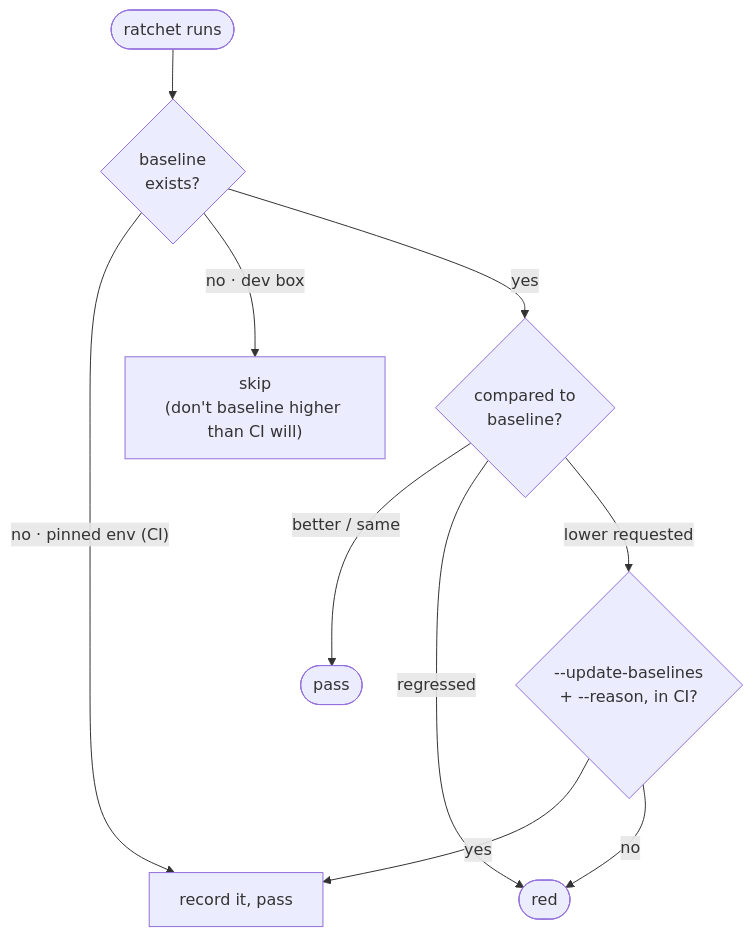
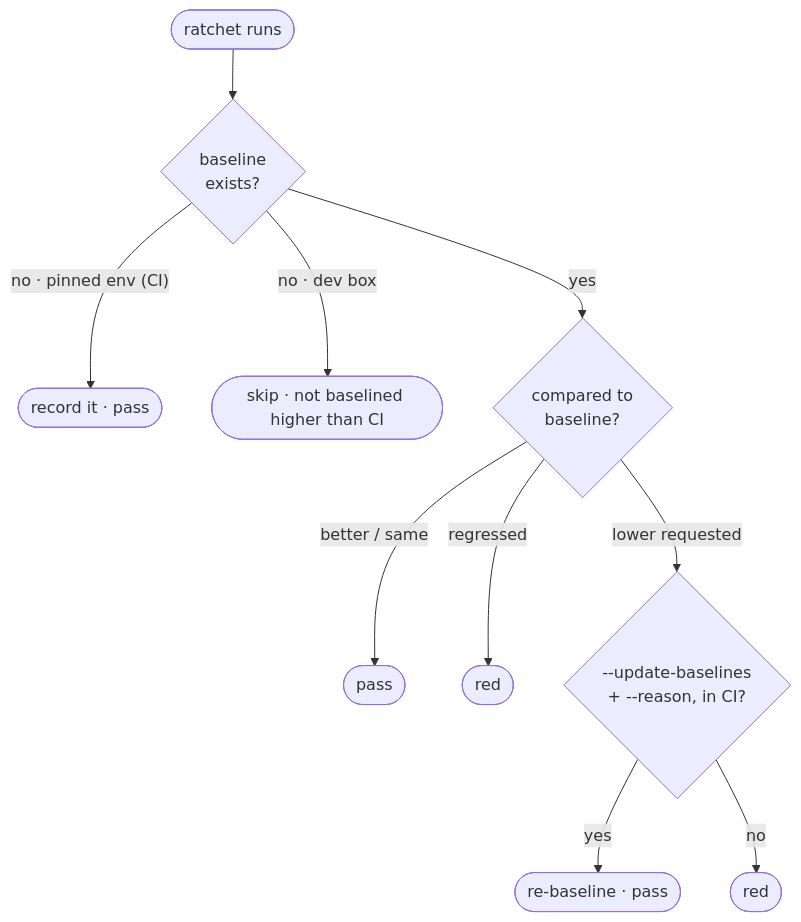
The diagram in docs/gate/ratchets.md (clintecker/celebrimbor), drawn with Mermaid before and after one commit. The commit also changed other lines of this file and 11 other files, not shown here.

````diff
--- a/docs/gate/ratchets.md
+++ b/docs/gate/ratchets.md
@@ -21,12 +21,12 @@
 ```mermaid
 flowchart TD
     R([ratchet runs]) --> B{baseline<br/>exists?}
-    B -->|"no · pinned env (CI)"| REC[record it, pass]
-    B -->|"no · dev box"| SK["skip<br/>(don't baseline higher than CI will)"]
+    B -->|"no · pinned env (CI)"| REC([record it · pass])
+    B -->|"no · dev box"| SK([skip · not baselined higher than CI])
     B -->|yes| CMP{compared to<br/>baseline?}
     CMP -->|better / same| PASS([pass])
     CMP -->|regressed| RED([red])
     CMP -->|"lower requested"| U{--update-baselines<br/>+ --reason, in CI?}
-    U -->|yes| REC
-    U -->|no| RED
+    U -->|yes| REC2([re-baseline · pass])
+    U -->|no| RED2([red])
 ```
````
